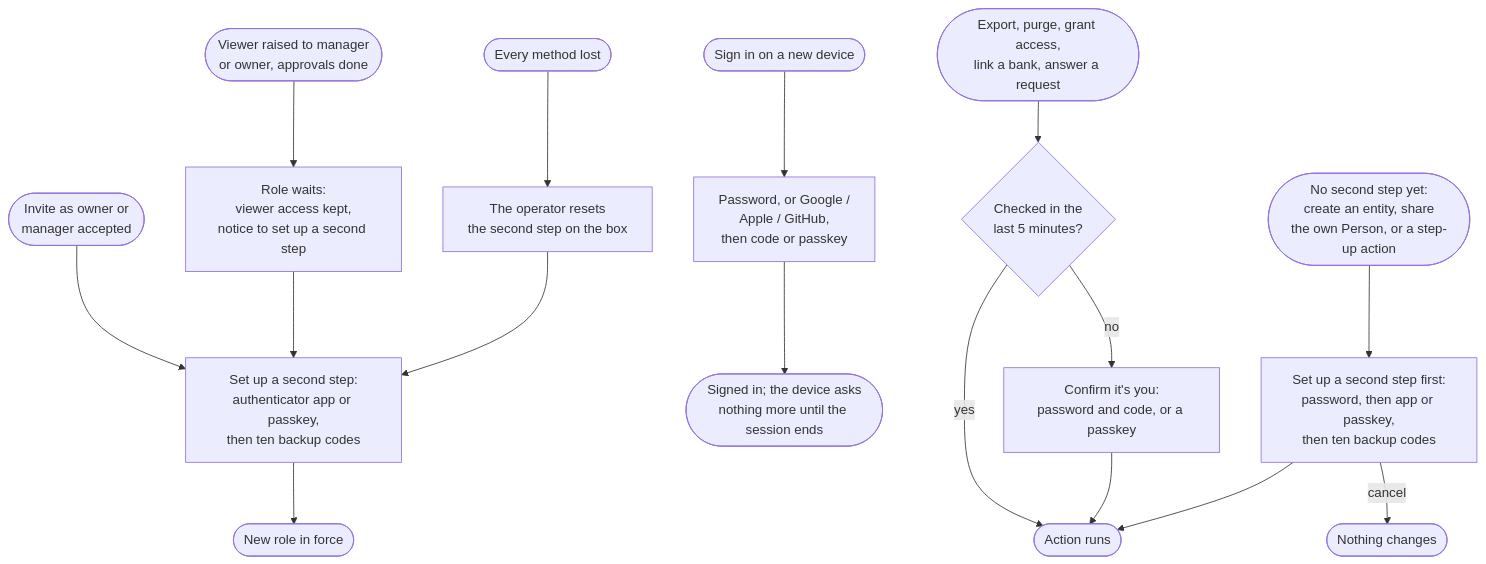
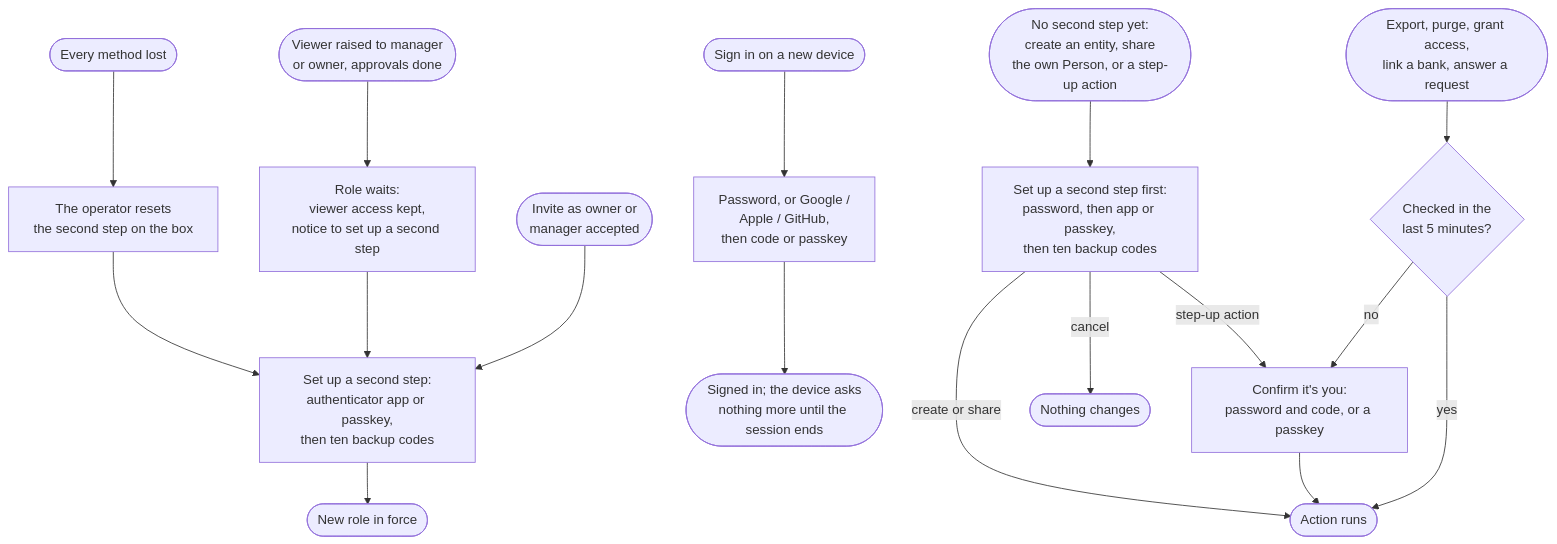
The diagram in docs/DESIGN/flows/second-step-flow.md (richmosko/polycarpic), drawn with Mermaid before and after one commit. The commit also changed other lines of this file and 3 other files, not shown here.

````diff
--- a/docs/DESIGN/flows/second-step-flow.md
+++ b/docs/DESIGN/flows/second-step-flow.md
@@ -5,18 +5,19 @@
 ```mermaid
 flowchart TD
   invite([Invite as owner or\nmanager accepted]) --> enrol
   raise([Viewer raised to manager\nor owner, approvals done]) --> held[Role waits:\nviewer access kept,\nnotice to set up a second step]
   held --> enrol[Set up a second step:\nauthenticator app or passkey,\nthen ten backup codes]
   enrol --> active([New role in force])
   signin([Sign in on a new device]) --> ask[Password, or Google /\nApple / GitHub,\nthen code or passkey]
   ask --> known([Signed in; the device asks\nnothing more until the session ends])
   risky([Export, purge, grant access,\nlink a bank, answer a request]) --> fresh{Checked in the\nlast 5 minutes?}
   fresh -- yes --> go([Action runs])
   fresh -- no --> stepup[Confirm it's you:\npassword and code, or a passkey]
   stepup --> go
   first([No second step yet:\ncreate an entity, share\nthe own Person, or a step-up action]) --> gate[Set up a second step first:\npassword, then app or passkey,\nthen ten backup codes]
   gate -- cancel --> none([Nothing changes])
-  gate --> go
+  gate -- "create or share" --> go
+  gate -- "step-up action" --> stepup
   lost([Every method lost]) --> reset[The operator resets\nthe second step on the box]
   reset --> enrol
 ```
````
